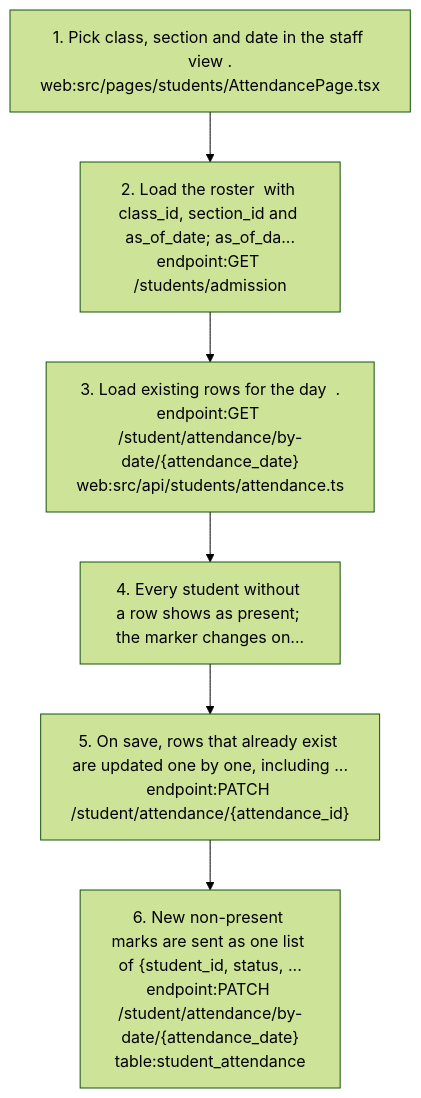
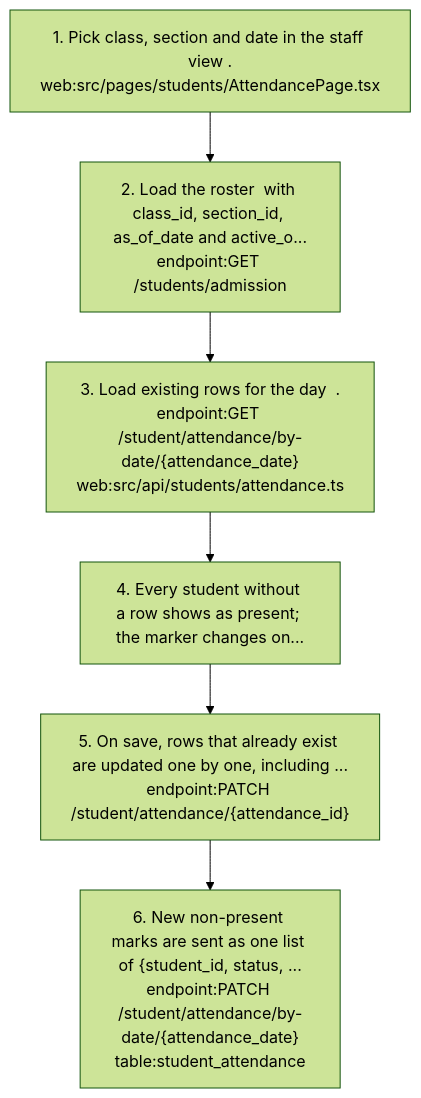
Before and after one commit to nerellasraj21/cos360_full_app: the eighth of 9 diagrams in docs/graph/views/students.md, drawn with Mermaid (forest theme). The commit also changed other lines of this file and 44 other files, not shown here.

First line of the commit message:
Re-verify project docs and knowledge graph against current code

````diff
--- a/docs/graph/views/students.md
+++ b/docs/graph/views/students.md
@@ -358,14 +356,14 @@
 ```mermaid
 flowchart TD
   s1["1. Pick class, section and date in the staff view .<br/>web:src/pages/students/AttendancePage.tsx"]
-  s2["2. Load the roster  with class_id, section_id and as_of_date; as_of_da...<br/>endpoint:GET /students/admission"]
+  s2["2. Load the roster  with class_id, section_id, as_of_date and active_o...<br/>endpoint:GET /students/admission"]
   s1 --> s2
   s3["3. Load existing rows for the day  .<br/>endpoint:GET /student/attendance/by-date/{attendance_date}<br/>web:src/api/students/attendance.ts"]
   s2 --> s3
   s4["4. Every student without a row shows as present; the marker changes on..."]
   s3 --> s4
   s5["5. On save, rows that already exist are updated one by one, including ...<br/>endpoint:PATCH /student/attendance/{attendance_id}"]
   s4 --> s5
   s6["6. New non-present marks are sent as one list of {student_id, status, ...<br/>endpoint:PATCH /student/attendance/by-date/{attendance_date}<br/>table:student_attendance"]
   s5 --> s6
 ```
````
